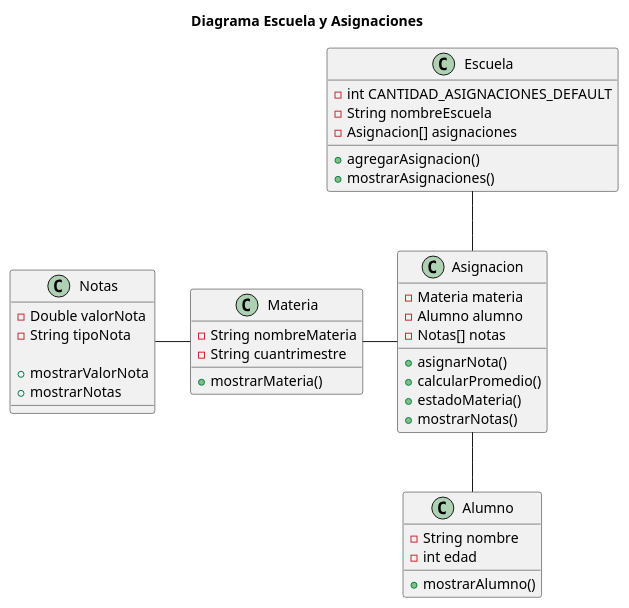
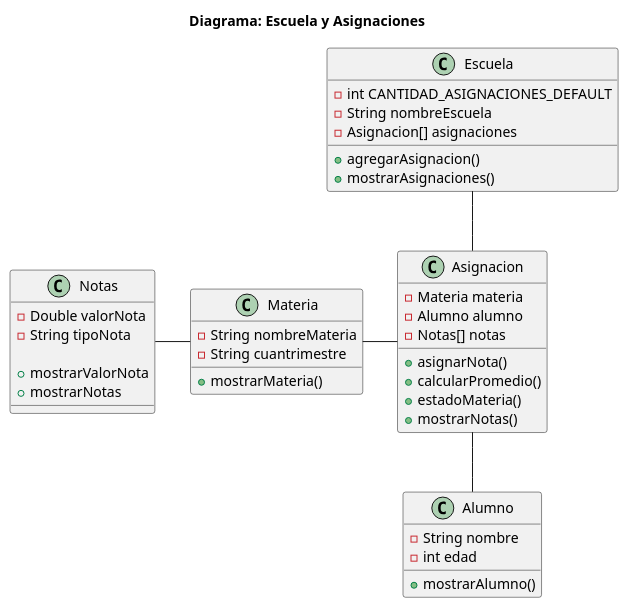
The diagram in src/doc/diagrama-escuela.puml (gioruanova/dv-poo-20231c-escuela-ruanova-jorge), drawn with PlantUML before and after one commit. The commit also changed 1 other file, not shown here.

```diff
--- a/src/doc/diagrama-escuela.puml
+++ b/src/doc/diagrama-escuela.puml
@@ -1,59 +1,59 @@
 @startuml
 
-Title Diagrama Escuela y Asignaciones
+Title Diagrama: Escuela y Asignaciones
 
 class Escuela{
 	 -int CANTIDAD_ASIGNACIONES_DEFAULT
 	 -String nombreEscuela
 	 -Asignacion[] asignaciones
 	 	 
 	 +agregarAsignacion()
 	 +mostrarAsignaciones()
 }
 
 
 class Asignacion{
 	 -Materia materia
 	 -Alumno alumno
 	 -Notas[] notas
 
 	 +asignarNota()
 	 +calcularPromedio()
 	 +estadoMateria()
 	 +mostrarNotas()
 }
 
 class Notas{
 	-Double valorNota
 	-String tipoNota
 	
 	+mostrarValorNota
 	+mostrarNotas
 }
 
 
 class Alumno{
 	-String nombre
 	-int edad
 	
 	+mostrarAlumno()
 }
 
 
 class Materia{
 	-String nombreMateria
 	-String cuantrimestre
 	
 	+mostrarMateria()
 }
 
 
 Escuela -- Asignacion
 Asignacion -left- Materia
 Asignacion -- Alumno
 Materia -left- Notas
 
 
 
 
 @enduml
```
